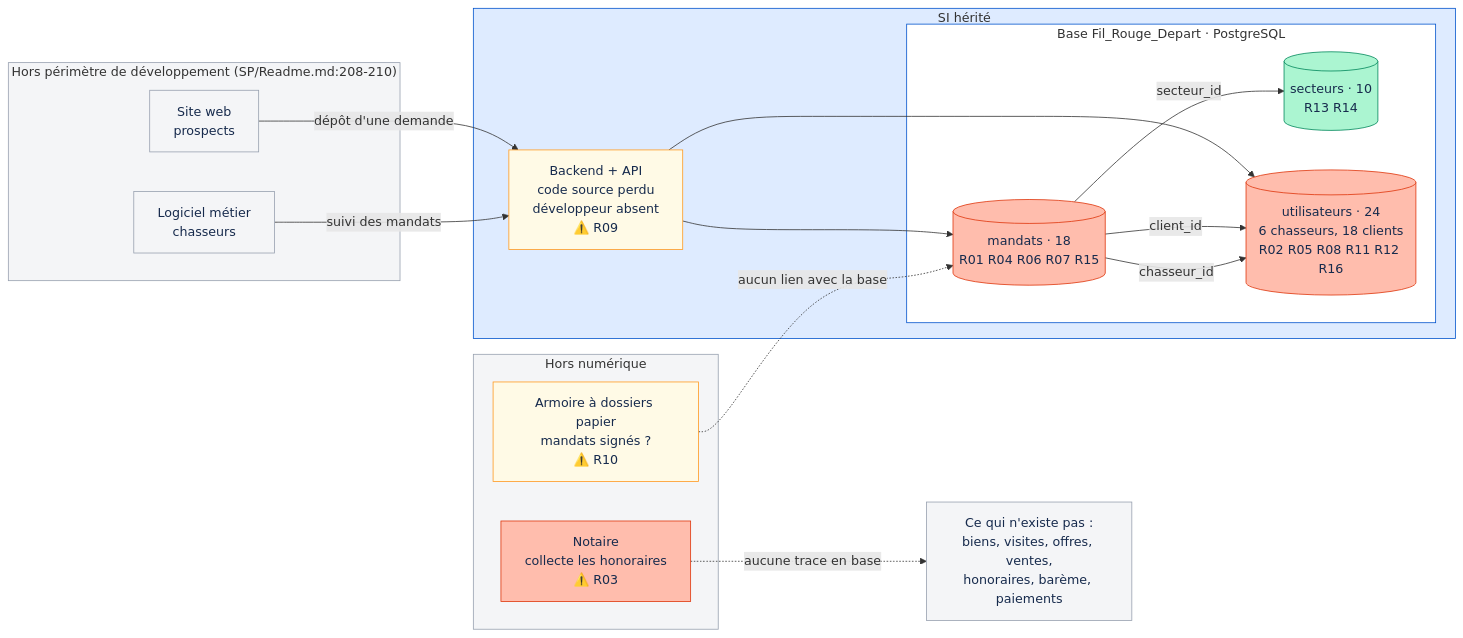
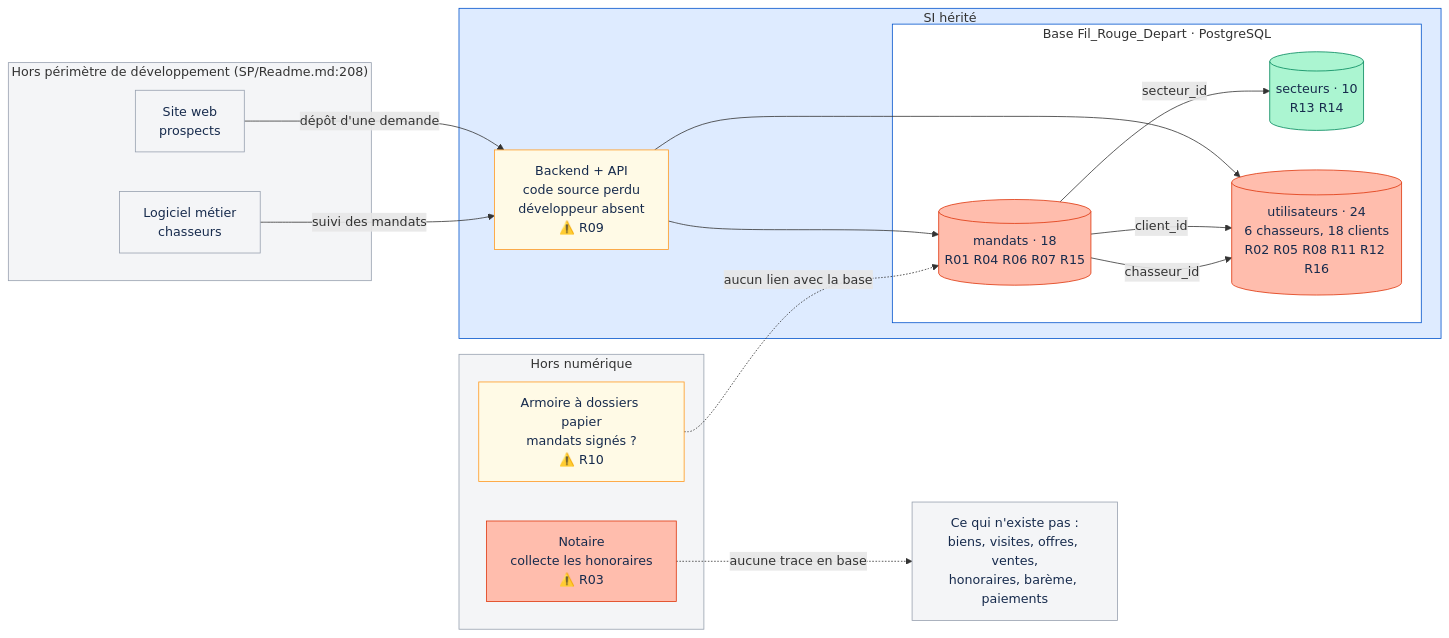
The diagram in livrables/1-audit/01-cartographie-si.md (GaSeBeLa/Fil-Rouge), drawn with Mermaid before and after one commit. The commit also changed other lines of this file and 7 other files, not shown here.

````diff
--- a/livrables/1-audit/01-cartographie-si.md
+++ b/livrables/1-audit/01-cartographie-si.md
@@ -20,43 +20,43 @@
 ```mermaid
 flowchart LR
-    subgraph HORS["Hors périmètre de développement (SP/Readme.md:208-210)"]
+    subgraph HORS["Hors périmètre de développement (SP/Readme.md:208)"]
         WEB["Site web<br/>prospects"]
         APP["Logiciel métier<br/>chasseurs"]
     end
     subgraph SI["SI hérité"]
         BACK["Backend + API<br/>code source perdu<br/>développeur absent<br/>⚠️ R09"]
         subgraph DB["Base Fil_Rouge_Depart · PostgreSQL"]
             SEC[("secteurs · 10<br/>R13 R14")]
             USR[("utilisateurs · 24<br/>6 chasseurs, 18 clients<br/>R02 R05 R08 R11 R12 R16")]
             MAN[("mandats · 18<br/>R01 R04 R06 R07 R15")]
         end
     end
     subgraph PAPIER["Hors numérique"]
         ARM["Armoire à dossiers papier<br/>mandats signés ?<br/>⚠️ R10"]
         NOT["Notaire<br/>collecte les honoraires<br/>⚠️ R03"]
     end
     ABS["Ce qui n'existe pas :<br/>biens, visites, offres, ventes,<br/>honoraires, barème, paiements"]
 
     WEB -->|"dépôt d'une demande"| BACK
     APP -->|"suivi des mandats"| BACK
     BACK --> USR
     BACK --> MAN
     MAN -->|"client_id"| USR
     MAN -->|"chasseur_id"| USR
     MAN -->|"secteur_id"| SEC
     NOT -.->|"aucune trace en base"| ABS
     ARM -.->|"aucun lien avec la base"| MAN
 
     classDef crit fill:#ffbdad,stroke:#de350b,color:#172b4d
     classDef warn fill:#fffae6,stroke:#ff991f,color:#172b4d
     classDef ok fill:#abf5d1,stroke:#00875a,color:#172b4d
     classDef hors fill:#f4f5f7,stroke:#97a0af,color:#172b4d
     class MAN,NOT,USR crit
     class BACK,ARM warn
     class SEC ok
     class WEB,APP,ABS hors
     style HORS fill:#f4f5f7,stroke:#97a0af
     style SI fill:#deebff,stroke:#0052cc
     style DB fill:#ffffff,stroke:#0052cc
     style PAPIER fill:#f4f5f7,stroke:#97a0af
 ```
````
